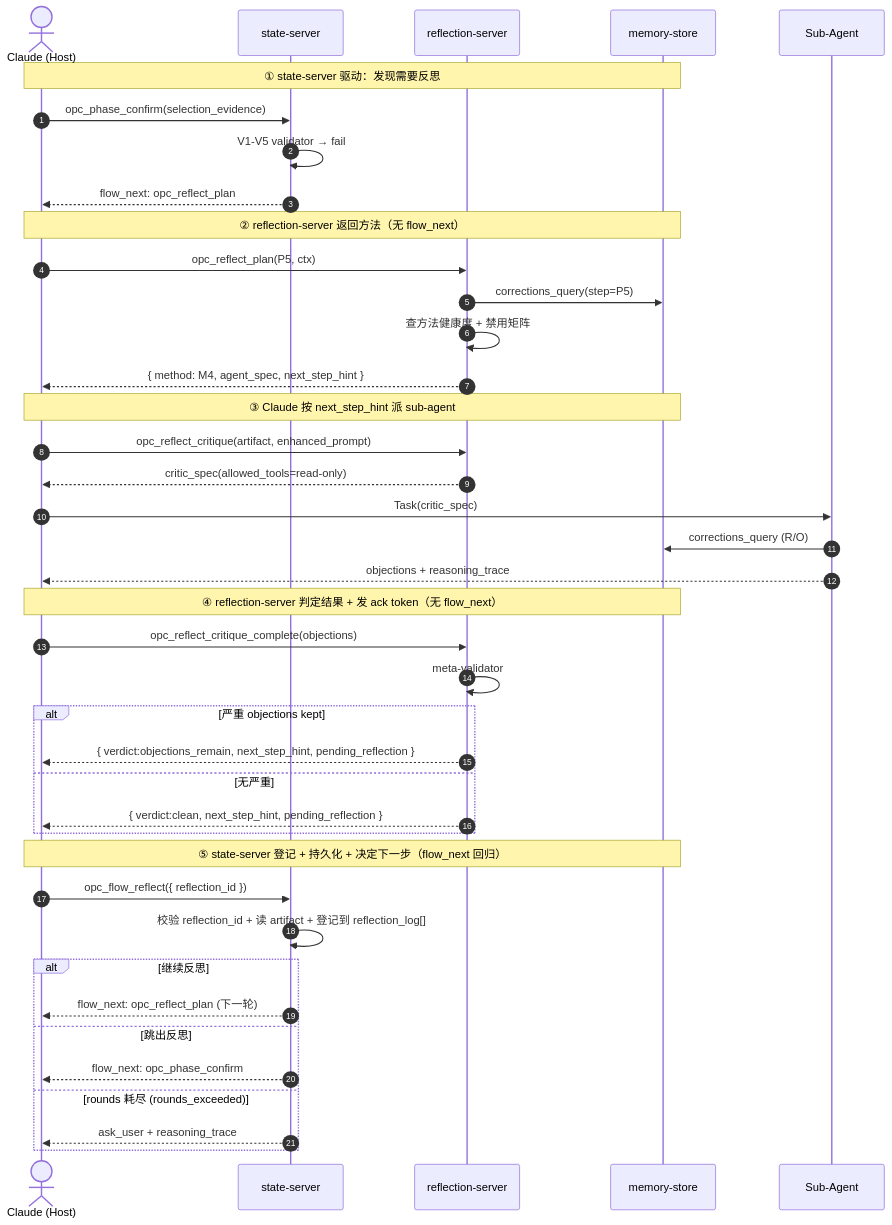
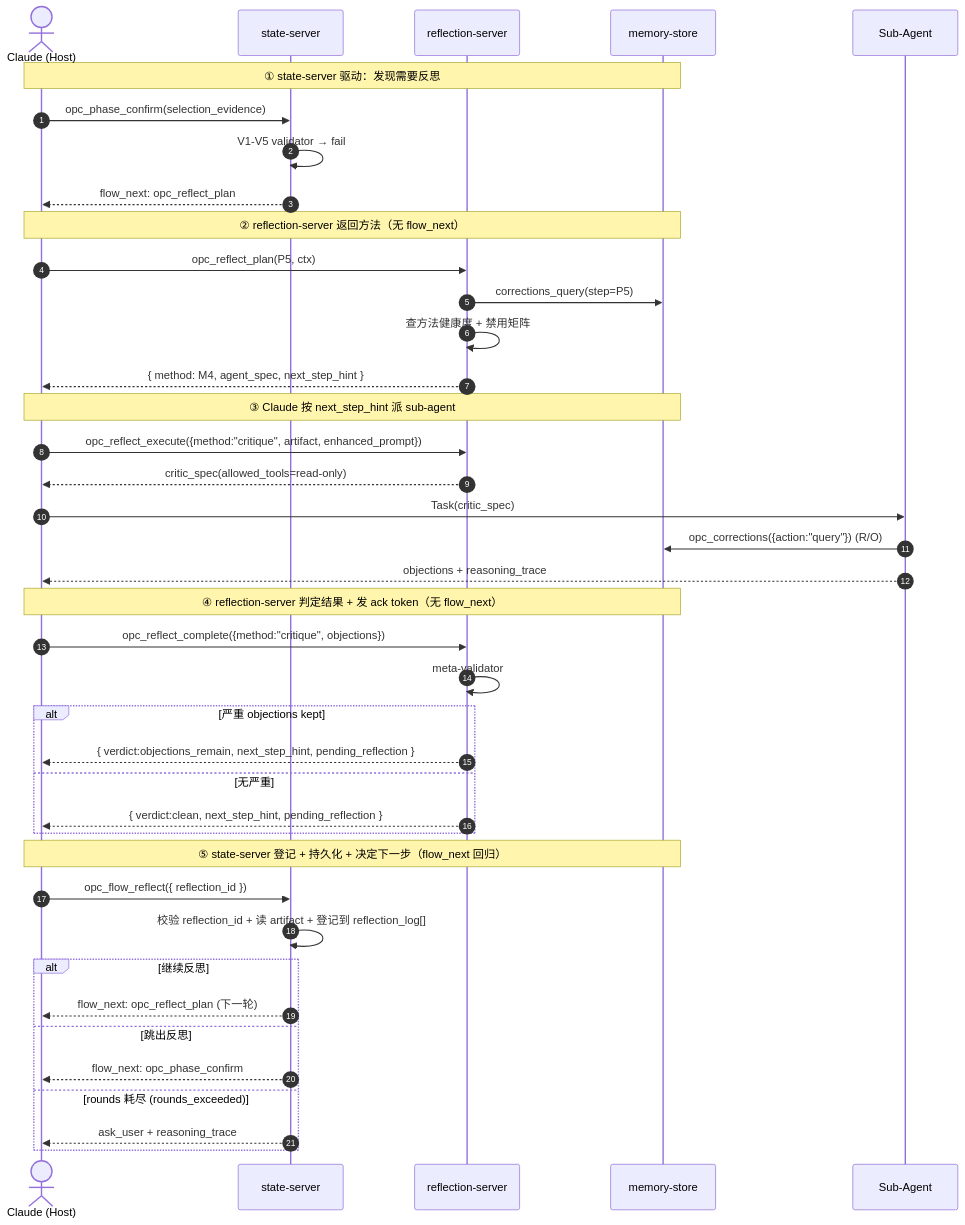
Before and after one commit to CaffeineOddity/opc-marketplace: the diagram in doc/feature/05-opc-reflection-server/02-server-design/00_overview.md, drawn with Mermaid. The commit also changed other lines of this file and 16 other files, not shown here.

````diff
--- a/doc/feature/05-opc-reflection-server/02-server-design/00_overview.md
+++ b/doc/feature/05-opc-reflection-server/02-server-design/00_overview.md
@@ -369,47 +369,47 @@
 ```mermaid
 sequenceDiagram
     autonumber
     actor C as Claude (Host)
     participant SS as state-server
     participant RS as reflection-server
     participant MS as memory-store
     participant A as Sub-Agent
 
     Note over C,MS: ① state-server 驱动：发现需要反思
     C->>SS: opc_phase_confirm(selection_evidence)
     SS->>SS: V1-V5 validator → fail
     SS-->>C: flow_next: opc_reflect_plan
 
     Note over C,MS: ② reflection-server 返回方法（无 flow_next）
     C->>RS: opc_reflect_plan(P5, ctx)
     RS->>MS: corrections_query(step=P5)
     RS->>RS: 查方法健康度 + 禁用矩阵
     RS-->>C: { method: M4, agent_spec, next_step_hint }
 
     Note over C,MS: ③ Claude 按 next_step_hint 派 sub-agent
-    C->>RS: opc_reflect_critique(artifact, enhanced_prompt)
+    C->>RS: opc_reflect_execute({method:"critique", artifact, enhanced_prompt})
     RS-->>C: critic_spec(allowed_tools=read-only)
     C->>A: Task(critic_spec)
-    A->>MS: corrections_query (R/O)
+    A->>MS: opc_corrections({action:"query"}) (R/O)
     A-->>C: objections + reasoning_trace
 
     Note over C,MS: ④ reflection-server 判定结果 + 发 ack token（无 flow_next）
-    C->>RS: opc_reflect_critique_complete(objections)
+    C->>RS: opc_reflect_complete({method:"critique", objections})
     RS->>RS: meta-validator
     alt 严重 objections kept
         RS-->>C: { verdict:objections_remain, next_step_hint, pending_reflection }
     else 无严重
         RS-->>C: { verdict:clean, next_step_hint, pending_reflection }
     end
 
     Note over C,MS: ⑤ state-server 登记 + 持久化 + 决定下一步（flow_next 回归）
     C->>SS: opc_flow_reflect({ reflection_id })
     SS->>SS: 校验 reflection_id + 读 artifact + 登记到 reflection_log[]
     alt 继续反思
         SS-->>C: flow_next: opc_reflect_plan (下一轮)
     else 跳出反思
         SS-->>C: flow_next: opc_phase_confirm
     else rounds 耗尽 (rounds_exceeded)
         SS-->>C: ask_user + reasoning_trace
     end
 ```
````
